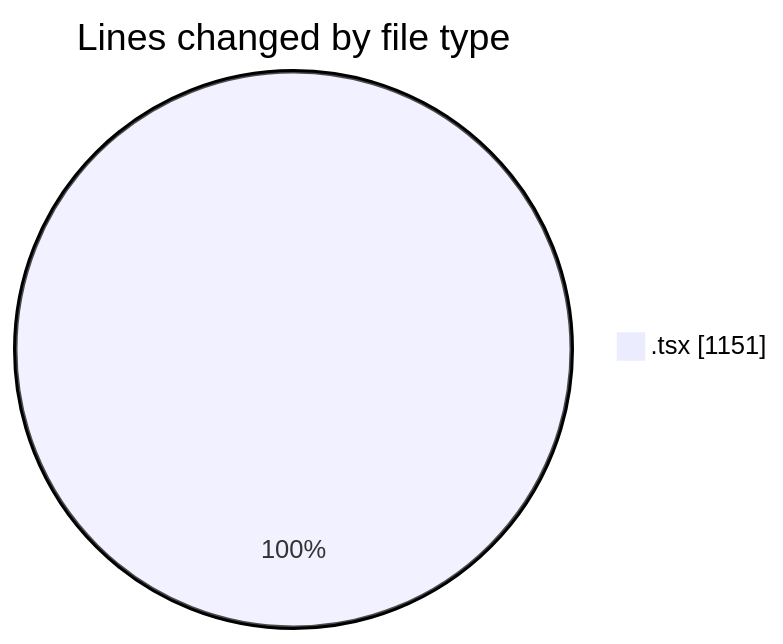
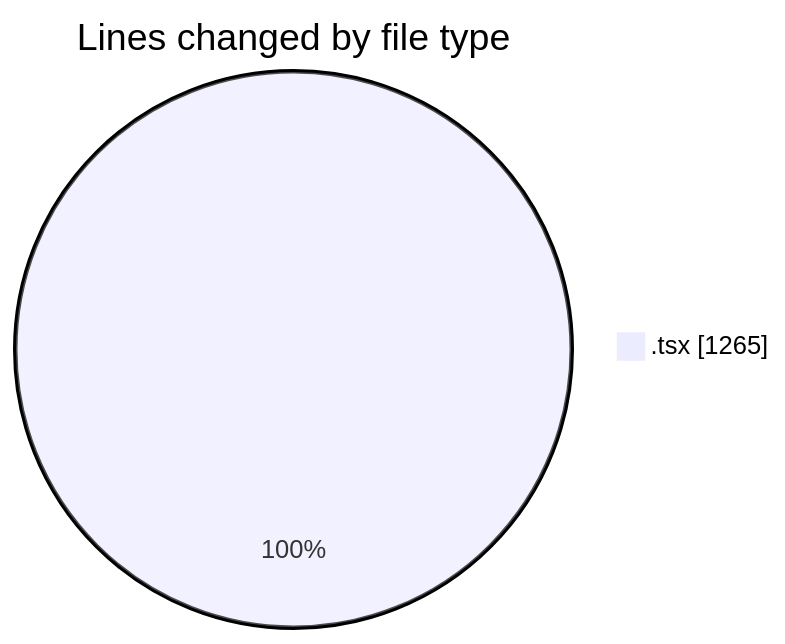
Before and after one commit to nxtqubesakshisongat/code-tracking: the first of 2 diagrams in 2026-02-10/nxtqube_webapp/README.md, drawn with Mermaid. The commit also changed other lines of this file and 1 other file, not shown here.

````diff
--- a/2026-02-10/nxtqube_webapp/README.md
+++ b/2026-02-10/nxtqube_webapp/README.md
@@ -21,5 +21,5 @@
 ```mermaid
 pie showData
 title Lines changed by file type
-".tsx" : 1151
+".tsx" : 1265
 ```
````
